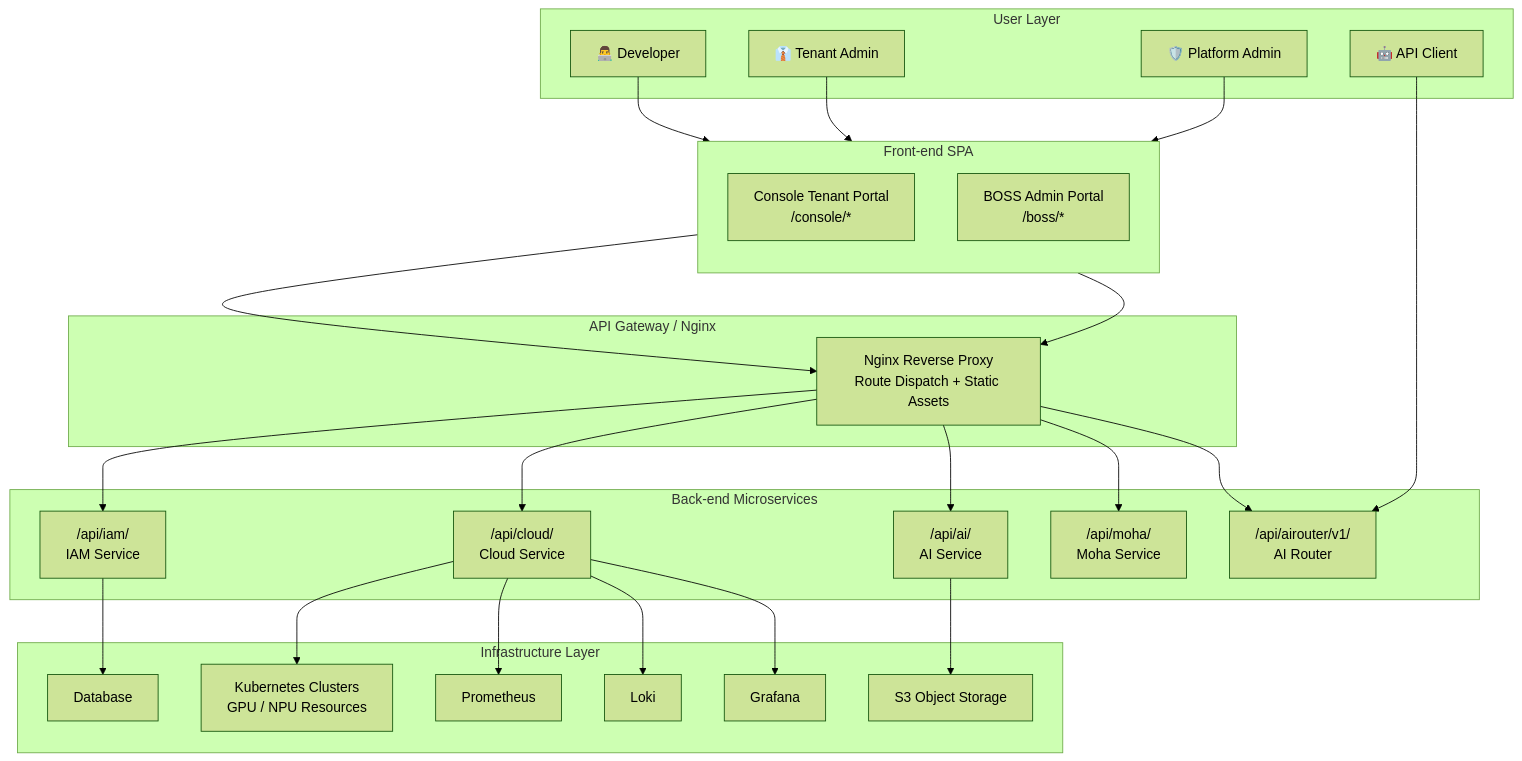
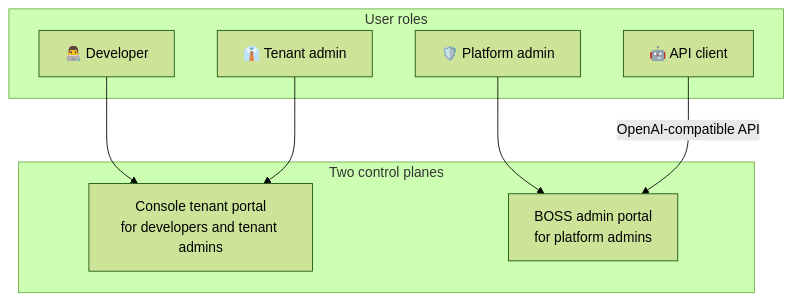
The first of 6 diagrams in src/pages/docs/en/02.guide/02.architecture.md (poxiaoyun/docs), drawn with Mermaid (forest theme) before and after one commit. The commit also changed other lines of this file and 463 other files, not shown here.

````diff
--- a/src/pages/docs/en/02.guide/02.architecture.md
+++ b/src/pages/docs/en/02.guide/02.architecture.md
@@ -14,57 +14,19 @@
 ```mermaid
 graph TB
-    subgraph "User Layer"
+    subgraph "User roles"
         Developer["👨‍💻 Developer"]
-        TenantAdmin["👔 Tenant Admin"]
-        PlatformAdmin["🛡️ Platform Admin"]
-        APIClient["🤖 API Client"]
+        TenantAdmin["👔 Tenant admin"]
+        PlatformAdmin["🛡️ Platform admin"]
+        APIClient["🤖 API client"]
     end
 
-    subgraph "Front-end SPA"
-        direction TB
-        Console["Console Tenant Portal<br/>/console/*"]
-        Boss["BOSS Admin Portal<br/>/boss/*"]
-    end
-
-    subgraph "API Gateway / Nginx"
-        Nginx["Nginx Reverse Proxy<br/>Route Dispatch + Static Assets"]
-    end
-
-    subgraph "Back-end Microservices"
-        IAM["/api/iam/<br/>IAM Service"]
-        Cloud["/api/cloud/<br/>Cloud Service"]
-        AI["/api/ai/<br/>AI Service"]
-        Moha["/api/moha/<br/>Moha Service"]
-        AIRouter["/api/airouter/v1/<br/>AI Router"]
-    end
-
-    subgraph "Infrastructure Layer"
-        K8s["Kubernetes Clusters<br/>GPU / NPU Resources"]
-        S3["S3 Object Storage"]
-        DB["Database"]
-        Prometheus["Prometheus"]
-        Loki["Loki"]
-        Grafana["Grafana"]
+    subgraph "Two control planes"
+        Console["Console tenant portal<br/>for developers and tenant admins"]
+        Boss["BOSS admin portal<br/>for platform admins"]
     end
 
     Developer --> Console
     TenantAdmin --> Console
     PlatformAdmin --> Boss
-    APIClient --> AIRouter
-
-    Console --> Nginx
-    Boss --> Nginx
-
-    Nginx --> IAM
-    Nginx --> Cloud
-    Nginx --> AI
-    Nginx --> Moha
-    Nginx --> AIRouter
-
-    Cloud --> K8s
-    AI --> S3
-    IAM --> DB
-    Cloud --> Prometheus
-    Cloud --> Loki
-    Cloud --> Grafana
+    APIClient -->|"OpenAI-compatible API"| Boss
 ```
````
